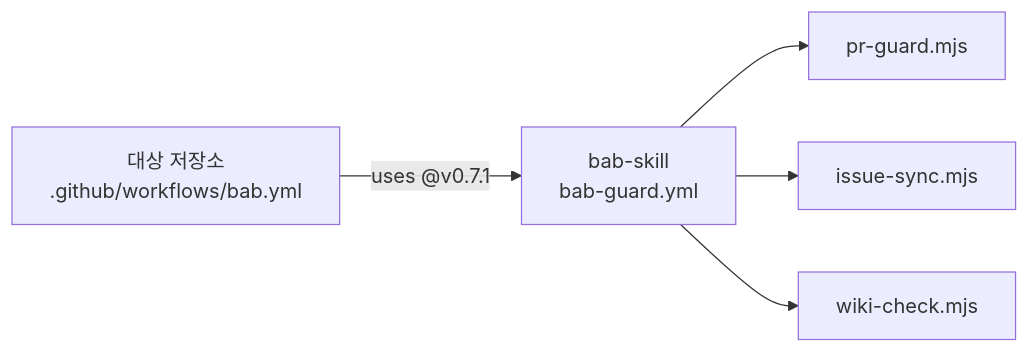
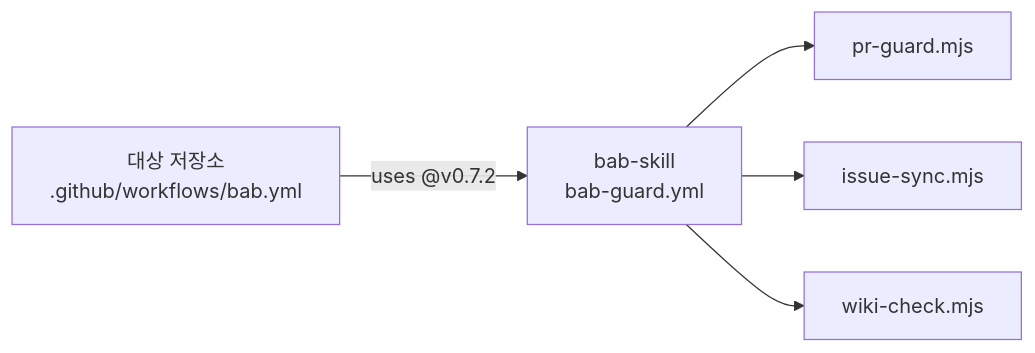
One commit to freevue/bab-skill changed the second of 4 diagrams in README.md. Above: the diagram before and after it, drawn with Mermaid. The commit also changed other lines of this file and 3 other files, not shown here.

````diff
--- a/README.md
+++ b/README.md
@@ -551,7 +551,7 @@
 ```mermaid
 flowchart LR
-  A[대상 저장소<br/>.github/workflows/bab.yml] -->|uses @v0.7.1| B[bab-skill<br/>bab-guard.yml]
+  A[대상 저장소<br/>.github/workflows/bab.yml] -->|uses @v0.7.2| B[bab-skill<br/>bab-guard.yml]
   B --> C[pr-guard.mjs]
   B --> D[issue-sync.mjs]
   B --> E[wiki-check.mjs]
 ```
````
